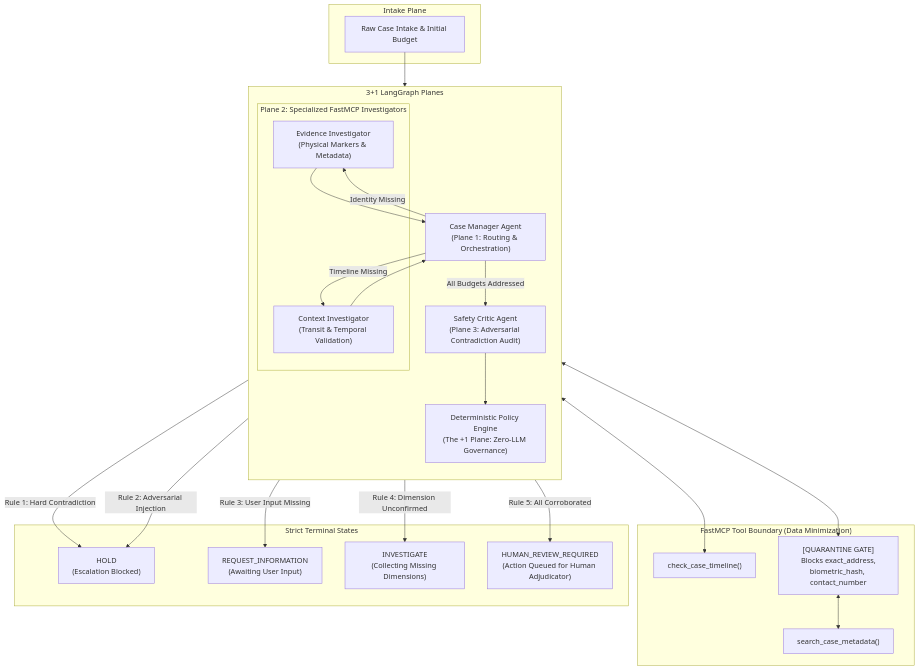
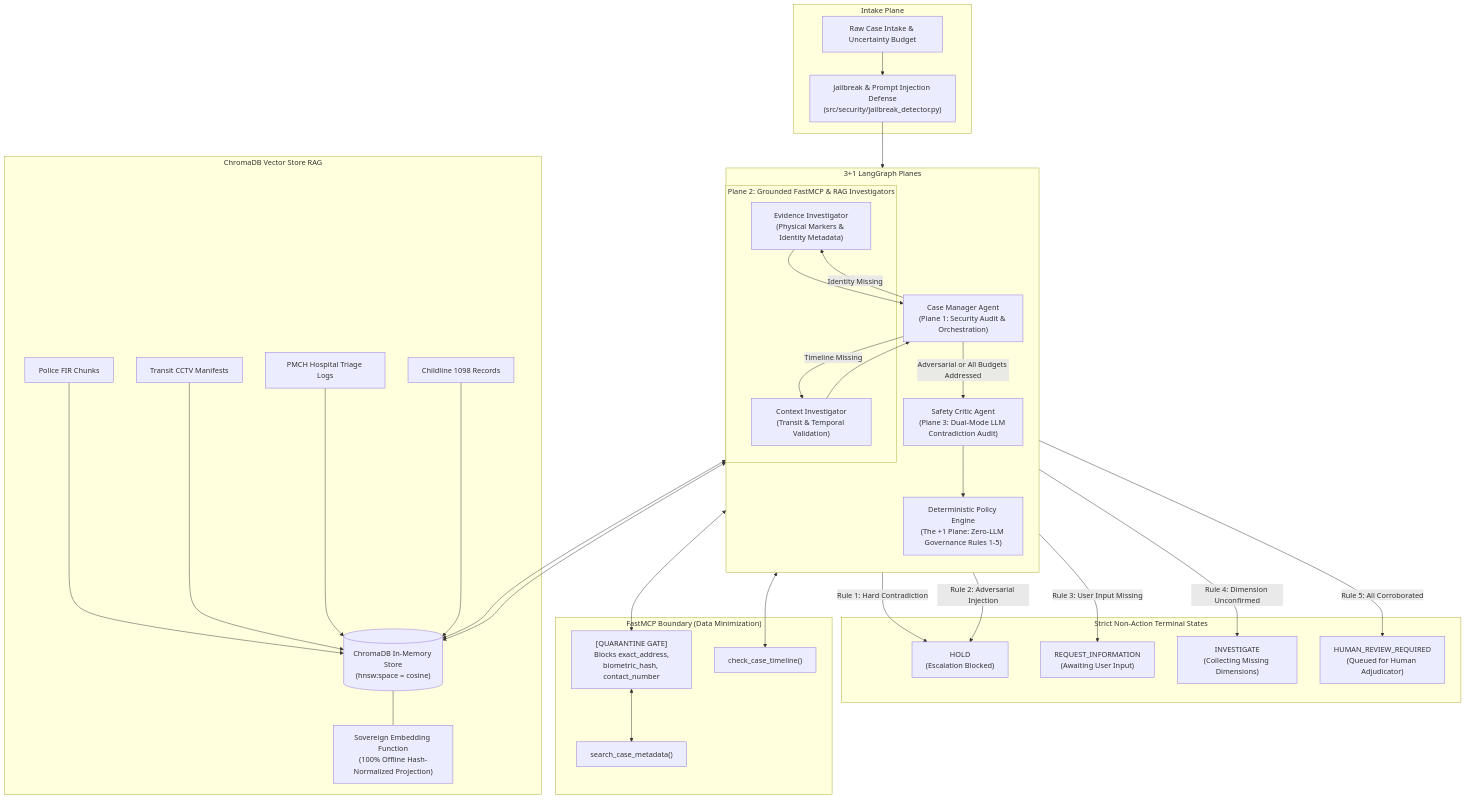
The diagram in README.md (flykrth/awaaz), drawn with Mermaid before and after one commit. The commit also changed other lines of this file and 15 other files, not shown here.

Commit message:
feat: implement ChromaDB Vector RAG, Dual-Mode LLM Gateway, and multi-tier adversarial defense

````diff
--- a/README.md
+++ b/README.md
@@ -28,51 +35,64 @@
 ```mermaid
 flowchart TD
     subgraph Intake ["Intake Plane"]
-        CaseData["Raw Case Intake & Initial Budget"]
+        CaseData["Raw Case Intake & Uncertainty Budget"]
+        JailbreakSec["Jailbreak & Prompt Injection Defense\n(src/security/jailbreak_detector.py)"]
     end
 
     subgraph LangGraph31 ["3+1 LangGraph Planes"]
         direction TB
-        Manager["Case Manager Agent\n(Plane 1: Routing & Orchestration)"]
+        Manager["Case Manager Agent\n(Plane 1: Security Audit & Orchestration)"]
         
-        subgraph Investigators ["Plane 2: Specialized FastMCP Investigators"]
-            EvInv["Evidence Investigator\n(Physical Markers & Metadata)"]
+        subgraph Investigators ["Plane 2: Grounded FastMCP & RAG Investigators"]
+            EvInv["Evidence Investigator\n(Physical Markers & Identity Metadata)"]
             CtxInv["Context Investigator\n(Transit & Temporal Validation)"]
         end
         
-        Critic["Safety Critic Agent\n(Plane 3: Adversarial Contradiction Audit)"]
-        PolicyEngine["Deterministic Policy Engine\n(The +1 Plane: Zero-LLM Governance)"]
+        Critic["Safety Critic Agent\n(Plane 3: Dual-Mode LLM Contradiction Audit)"]
+        PolicyEngine["Deterministic Policy Engine\n(The +1 Plane: Zero-LLM Governance Rules 1-5)"]
     end
 
-    subgraph FastMCP ["FastMCP Tool Boundary (Data Minimization)"]
+    subgraph RAGStore ["ChromaDB Vector Store RAG"]
+        ChromaStore[("ChromaDB In-Memory Store\n(hnsw:space = cosine)")]
+        SovEmbed["Sovereign Embedding Function\n(100% Offline Hash-Normalized Projection)"]
+        ChromaStore --- SovEmbed
+        FIRs["Police FIR Chunks"] --> ChromaStore
+        CCTV["Transit CCTV Manifests"] --> ChromaStore
+        Hospital["PMCH Hospital Triage Logs"] --> ChromaStore
+        Childline["Childline 1098 Records"] --> ChromaStore
+    end
+
+    subgraph FastMCP ["FastMCP Boundary (Data Minimization)"]
         ToolMeta["search_case_metadata()"]
         ToolTime["check_case_timeline()"]
         Quarantine["[QUARANTINE GATE]\nBlocks exact_address,\nbiometric_hash, contact_number"]
     end
 
-    subgraph TerminalStates ["Strict Terminal States"]
+    subgraph TerminalStates ["Strict Non-Action Terminal States"]
         HoldState["HOLD\n(Escalation Blocked)"]
         ReqState["REQUEST_INFORMATION\n(Awaiting User Input)"]
         InvState["INVESTIGATE\n(Collecting Missing Dimensions)"]
-        HumanReview["HUMAN_REVIEW_REQUIRED\n(Action Queued for Human Adjudicator)"]
+        HumanReview["HUMAN_REVIEW_REQUIRED\n(Queued for Human Adjudicator)"]
     end
 
-    CaseData --> Manager
+    CaseData --> JailbreakSec --> Manager
+    Manager -->|Timeline Missing| CtxInv
     Manager -->|Identity Missing| EvInv
-    Manager -->|Timeline Missing| CtxInv
-    Manager -->|All Budgets Addressed| Critic
+    Manager -->|Adversarial or All Budgets Addressed| Critic
 
     EvInv <--> Quarantine <--> ToolMeta
     CtxInv <--> ToolTime
+    EvInv <--> ChromaStore
+    CtxInv <--> ChromaStore
 
     EvInv --> Manager
     CtxInv --> Manager
 
     Critic --> PolicyEngine
 
     PolicyEngine -->|Rule 1: Hard Contradiction| HoldState
     PolicyEngine -->|Rule 2: Adversarial Injection| HoldState
     PolicyEngine -->|Rule 3: User Input Missing| ReqState
     PolicyEngine -->|Rule 4: Dimension Unconfirmed| InvState
     PolicyEngine -->|Rule 5: All Corroborated| HumanReview
 ```
````
